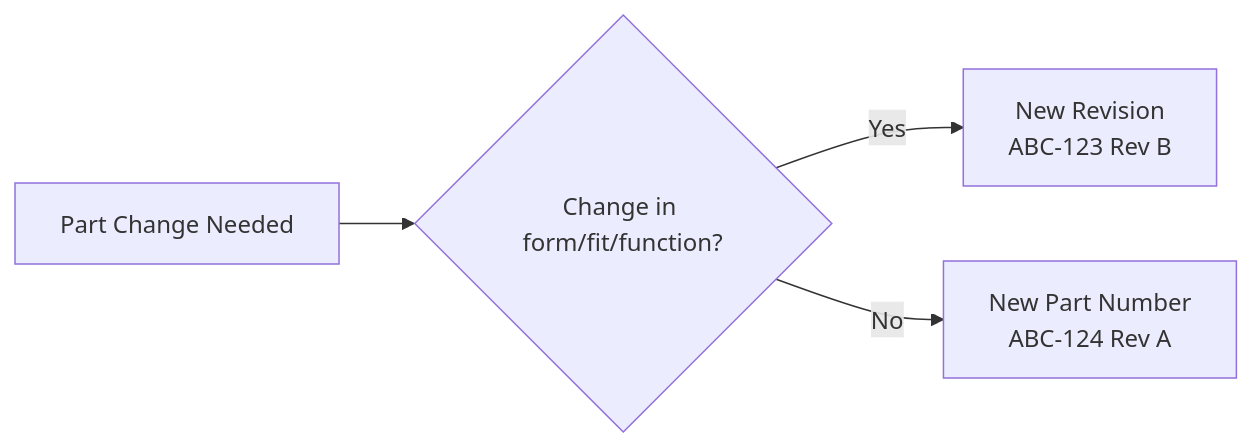
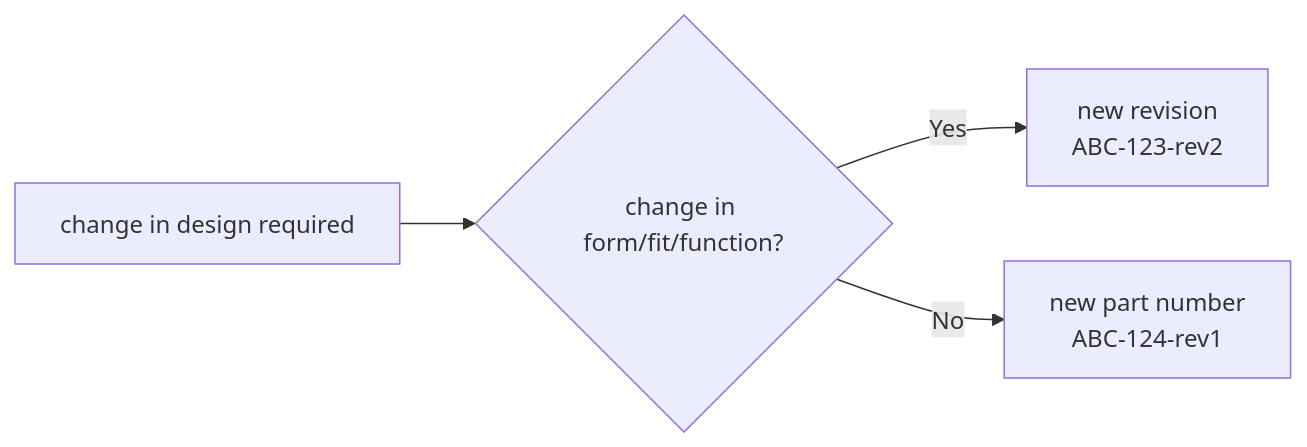
One commit to harnice/Harnice changed the diagram in docs/getting_started/the_basics.md. Above: the diagram before and after it, drawn with Mermaid. The commit also changed other lines of this file and 5 other files, not shown here.

````diff
--- a/docs/getting_started/the_basics.md
+++ b/docs/getting_started/the_basics.md
@@ -73,6 +73,6 @@
 ```mermaid
     graph LR
-        A[Part Change Needed] --> B{Change in form/fit/function?};
-        B -->|Yes| C[New Revision<br/>ABC-123 Rev B];
-        B -->|No| D[New Part Number<br/>ABC-124 Rev A];
+        A[change in design required] --> B{change in form/fit/function?};
+        B -->|Yes| C[new revision<br/>ABC-123-rev2];
+        B -->|No| D[new part number<br/>ABC-124-rev1];
 ```
````
